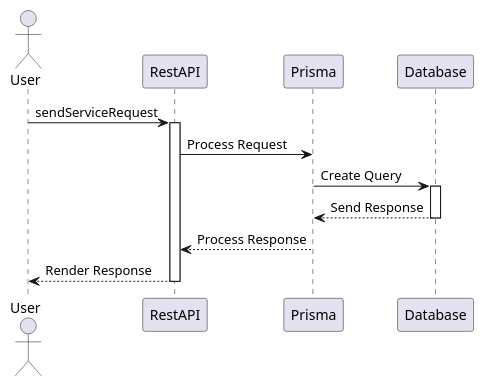
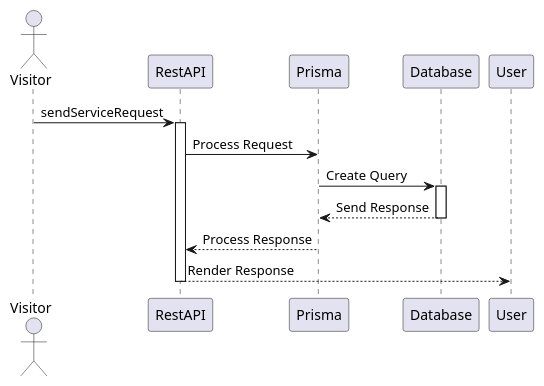
Before and after one commit to GutterneTheBois/smagen-af-oel: the diagram in Documentation/Diagrams/sequence.puml, drawn with PlantUML. The commit also changed 14 other files, not shown here.

```diff
--- a/Documentation/Diagrams/sequence.puml
+++ b/Documentation/Diagrams/sequence.puml
@@ -1,25 +1,25 @@
 @startuml API
-actor User
+actor Visitor
 
 participant "RestAPI" as A
 participant "Prisma" as P
 participant "Database" as D
 
-User -> A: sendServiceRequest
+Visitor -> A: sendServiceRequest
 activate A
 
 A -> P: Process Request
 
 P -> D: Create Query
 activate D
 
 D --> P: Send Response
 deactivate D
 
 P --> A: Process Response
 deactivate P
 
 A --> User: Render Response
 deactivate A
 
 @enduml
```
